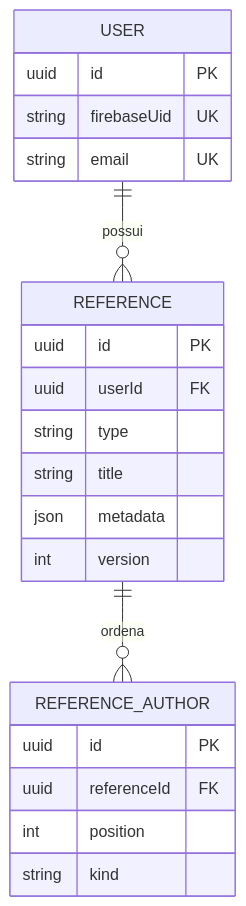
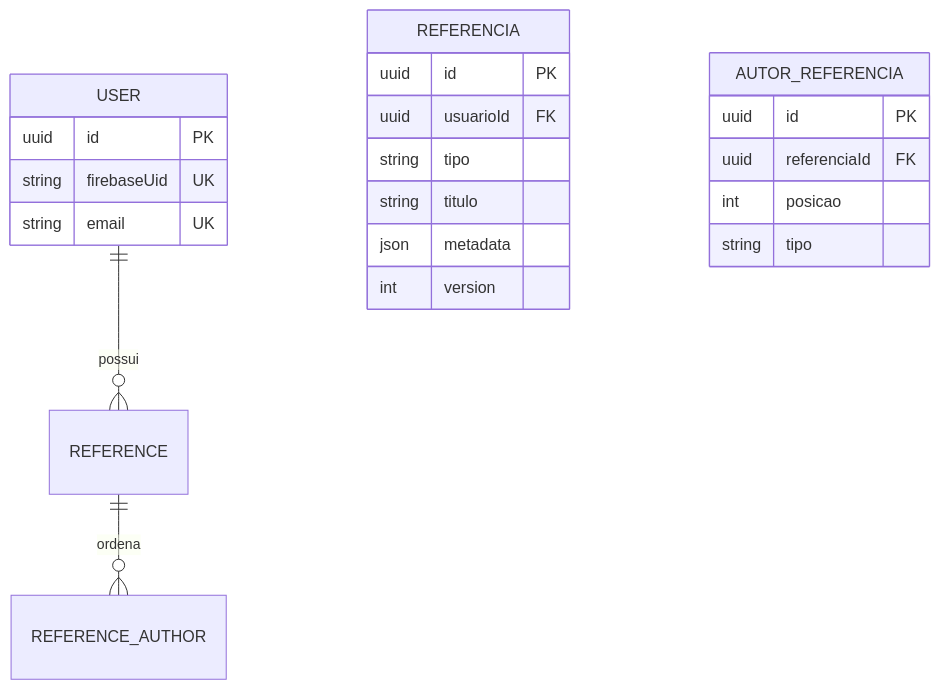
The diagram in documentacao/BANCO_DE_DADOS.md (Arttpl06/Uniref), drawn with Mermaid before and after one commit. The commit also changed other lines of this file and 16 other files, not shown here.

````diff
--- a/documentacao/BANCO_DE_DADOS.md
+++ b/documentacao/BANCO_DE_DADOS.md
@@ -11,24 +11,24 @@
 ```mermaid
 erDiagram
     USER ||--o{ REFERENCE : possui
     REFERENCE ||--o{ REFERENCE_AUTHOR : ordena
     USER {
         uuid id PK
         string firebaseUid UK
         string email UK
     }
-    REFERENCE {
+    REFERENCIA {
         uuid id PK
-        uuid userId FK
-        string type
-        string title
+        uuid usuarioId FK
+        string tipo
+        string titulo
         json metadata
         int version
     }
-    REFERENCE_AUTHOR {
+    AUTOR_REFERENCIA {
         uuid id PK
-        uuid referenceId FK
-        int position
-        string kind
+        uuid referenciaId FK
+        int posicao
+        string tipo
     }
 ```
````
